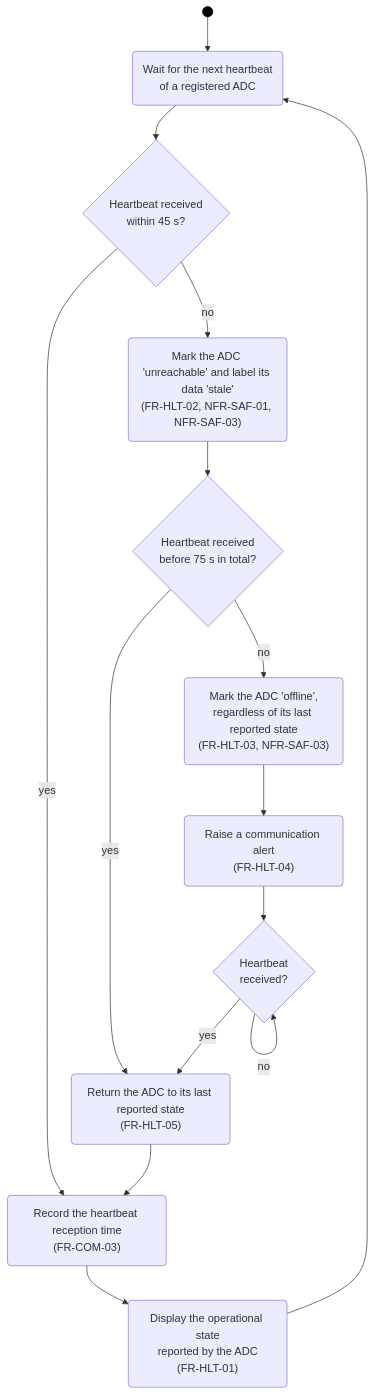
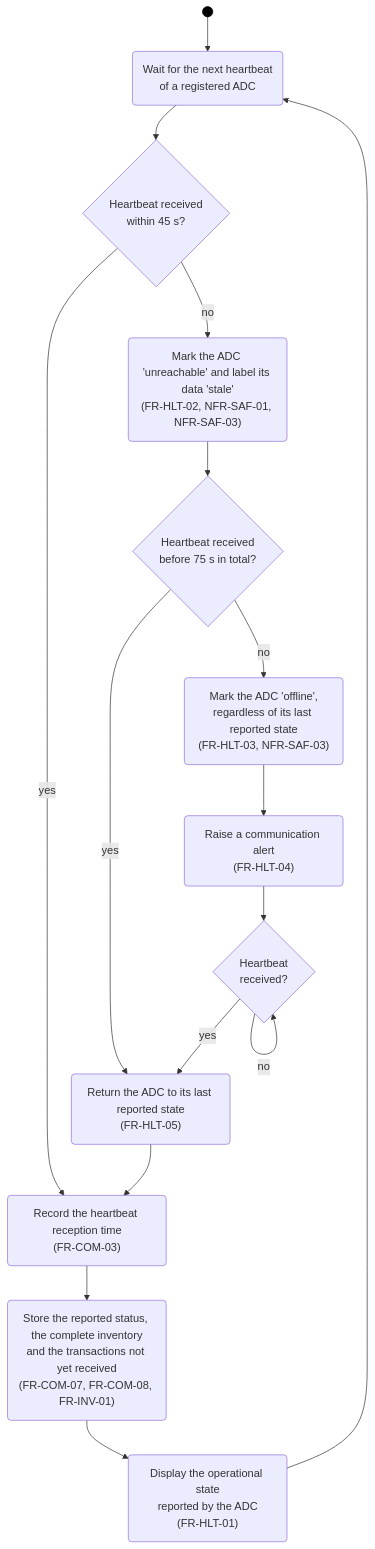
The third of 4 diagrams in docs/part-b/diagrams/activity-diagram.md (LukaMrt/3K04-project), drawn with Mermaid before and after one commit. The commit also changed other lines of this file and 5 other files, not shown here.

````diff
--- a/docs/part-b/diagrams/activity-diagram.md
+++ b/docs/part-b/diagrams/activity-diagram.md
@@ -69,20 +67,21 @@
 ```mermaid
 flowchart TD
     Start((" ")) --> Wait("Wait for the next heartbeat<br/>of a registered ADC")
     Wait --> Within45{"Heartbeat received<br/>within 45 s?"}
     Within45 -- "yes" --> RecordHb("Record the heartbeat reception time<br/>(FR-COM-03)")
-    RecordHb --> ShowState("Display the operational state<br/>reported by the ADC<br/>(FR-HLT-01)")
+    RecordHb --> Store("Store the reported status, the complete inventory<br/>and the transactions not yet received<br/>(FR-COM-07, FR-COM-08, FR-INV-01)")
+    Store --> ShowState("Display the operational state<br/>reported by the ADC<br/>(FR-HLT-01)")
     ShowState --> Wait
     Within45 -- "no" --> Unreachable("Mark the ADC 'unreachable' and label its data 'stale'<br/>(FR-HLT-02, NFR-SAF-01, NFR-SAF-03)")
     Unreachable --> Within75{"Heartbeat received<br/>before 75 s in total?"}
     Within75 -- "yes" --> Recover("Return the ADC to its last reported state<br/>(FR-HLT-05)")
     Recover --> RecordHb
     Within75 -- "no" --> Offline("Mark the ADC 'offline',<br/>regardless of its last reported state<br/>(FR-HLT-03, NFR-SAF-03)")
     Offline --> Alert("Raise a communication alert<br/>(FR-HLT-04)")
     Alert --> WaitBack{"Heartbeat<br/>received?"}
     WaitBack -- "no" --> WaitBack
     WaitBack -- "yes" --> Recover
 
     classDef initial fill:#000,stroke:#000;
     class Start initial;
 ```
````
